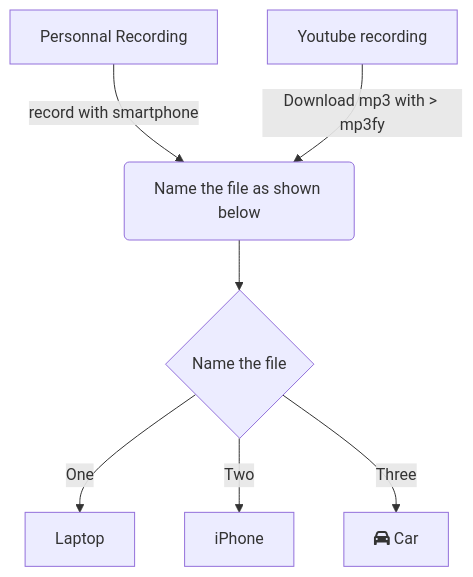
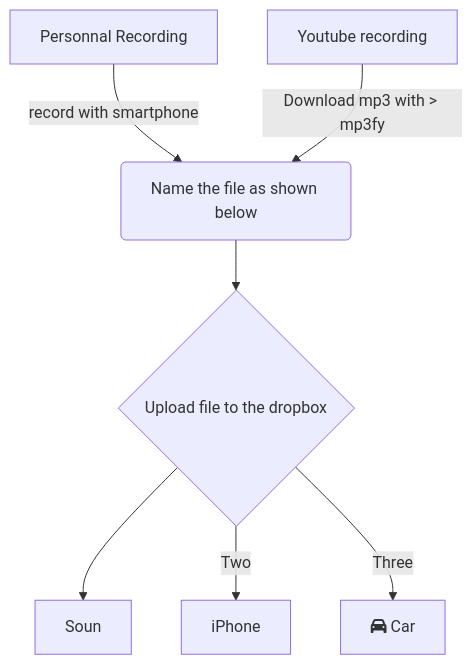
Before and after one commit to FrogBoss74/RealCatTranslator: the diagram in README.md, drawn with Mermaid. The commit also changed other lines of this file, not shown here.

Commit message:
README.md updated from https://stackedit.io/

````diff
--- a/README.md
+++ b/README.md
@@ -24,9 +24,9 @@
 ```mermaid
 graph TD
 A1[Personnal Recording] -->|record with smartphone| B(Name the file as shown below)
 A2[Youtube recording] -->|Download mp3 with > mp3fy| B
-B --> C{Name the file}
-C -->|One| D[Laptop]
+B --> C{Upload file to the dropbox}
+C -->D[Soun]
 C -->|Two| E[iPhone]
 C -->|Three| F[fa:fa-car Car]
 ```
````
